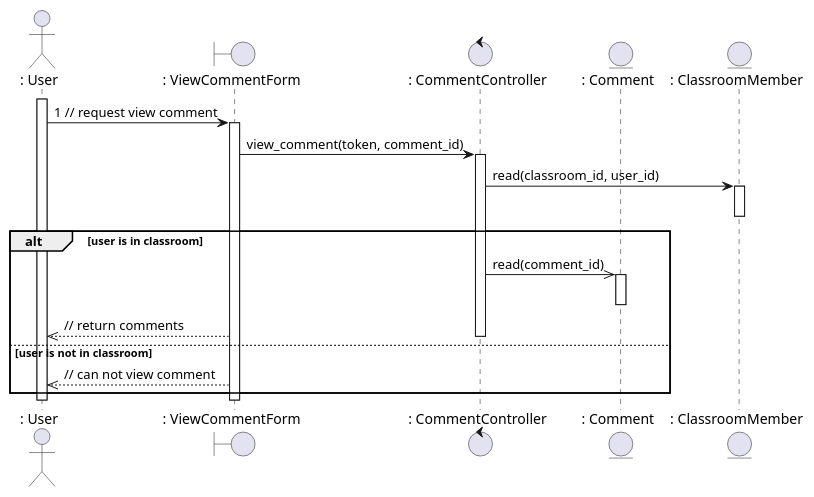
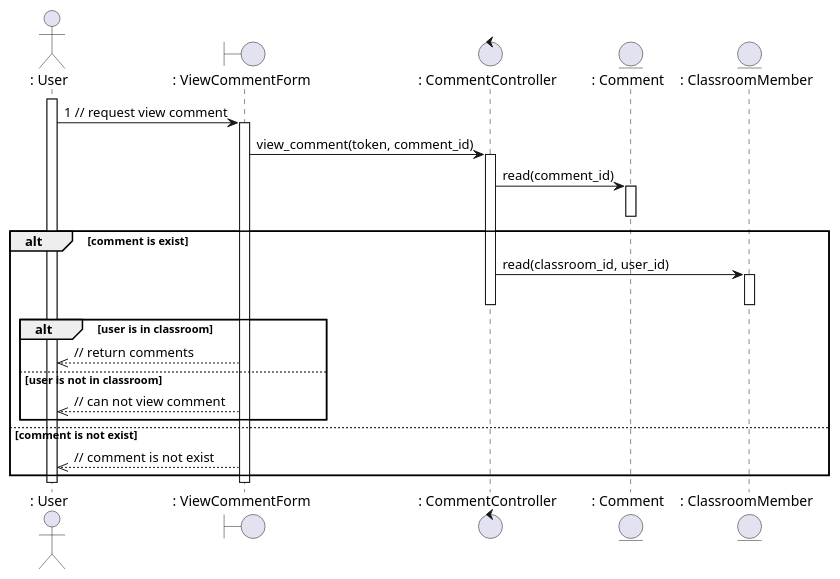
The diagram in sequence - design/comment/viewComment.plantuml (anonyhostvn/OOAD-Diagram), drawn with PlantUML before and after one commit. The commit also changed 8 other files, not shown here.

```diff
--- a/sequence - design/comment/viewComment.plantuml
+++ b/sequence - design/comment/viewComment.plantuml
@@ -1,32 +1,38 @@
 @startuml viewComment
 
 actor ": User"
 boundary ": ViewCommentForm"
 control ": CommentController"
 entity ": Comment"
 entity ": ClassroomMember"
 
 activate ": User"
 
 ": User" -> ": ViewCommentForm": 1 // request view comment 
 activate ": ViewCommentForm"
 ": ViewCommentForm" -> ": CommentController": view_comment(token, comment_id)
 activate ": CommentController"
-": CommentController" -> ": ClassroomMember": read(classroom_id, user_id)
-activate ": ClassroomMember"
-deactivate ": ClassroomMember"
-alt user is in classroom
-    ": CommentController" ->> ": Comment": read(comment_id)
-    activate ": Comment"
-    deactivate ": Comment"
-    ": ViewCommentForm" -->> ": User": // return comments
+": CommentController" -> ": Comment": read(comment_id)
+activate ": Comment"
+deactivate ": Comment"
+
+alt comment is exist
+    ": CommentController" -> ": ClassroomMember": read(classroom_id, user_id)
+    activate ": ClassroomMember"
     deactivate ": CommentController"
-else user is not in classroom
-    ": ViewCommentForm" -->> ": User": // can not view comment
+    deactivate ": ClassroomMember"
+    alt user is in classroom
+        ": ViewCommentForm" -->> ": User": // return comments
+    else user is not in classroom
+        ": ViewCommentForm" -->> ": User": // can not view comment
+    end
+else comment is not exist
+        ": ViewCommentForm" -->> ": User": // comment is not exist
 end
+
 
 deactivate ": User"
 deactivate ": ViewCommentForm"
 
 
 @enduml
```
